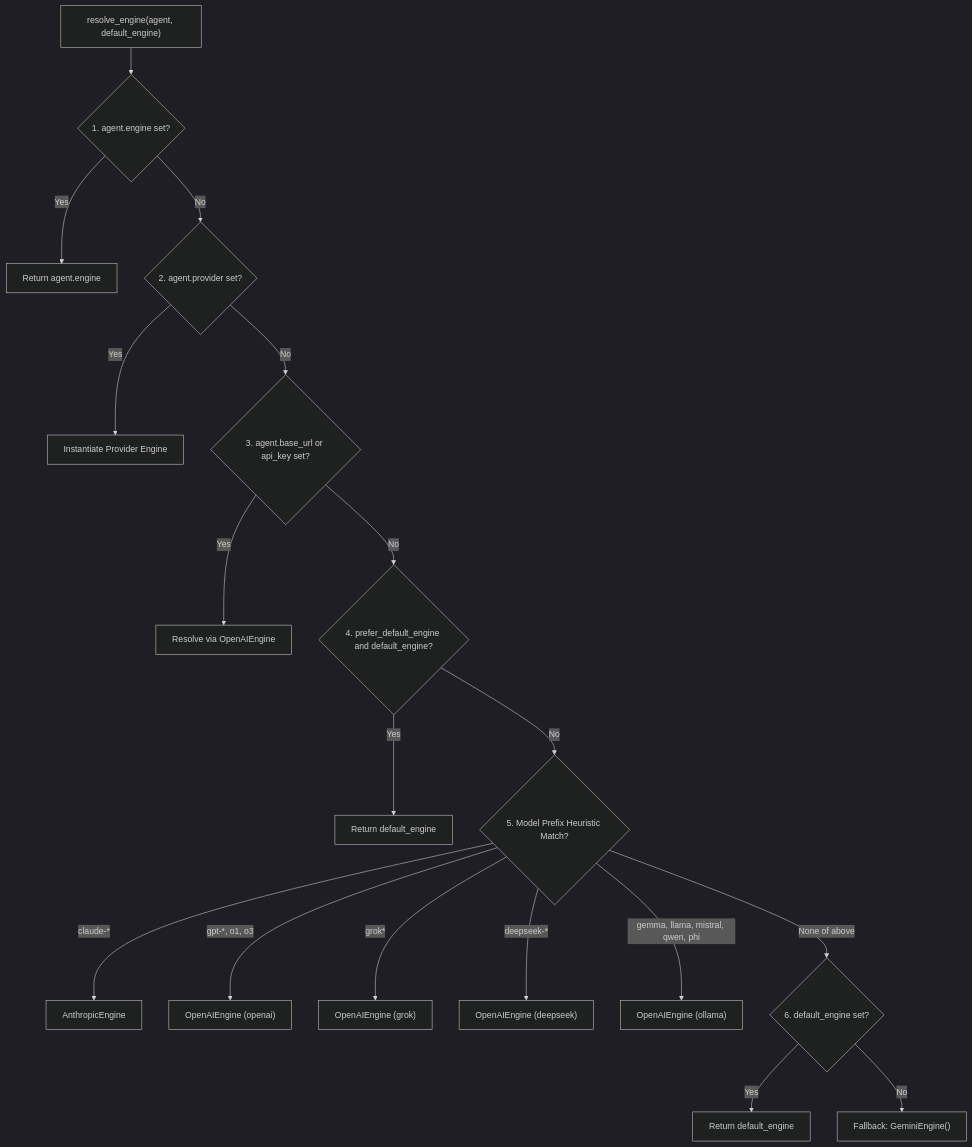
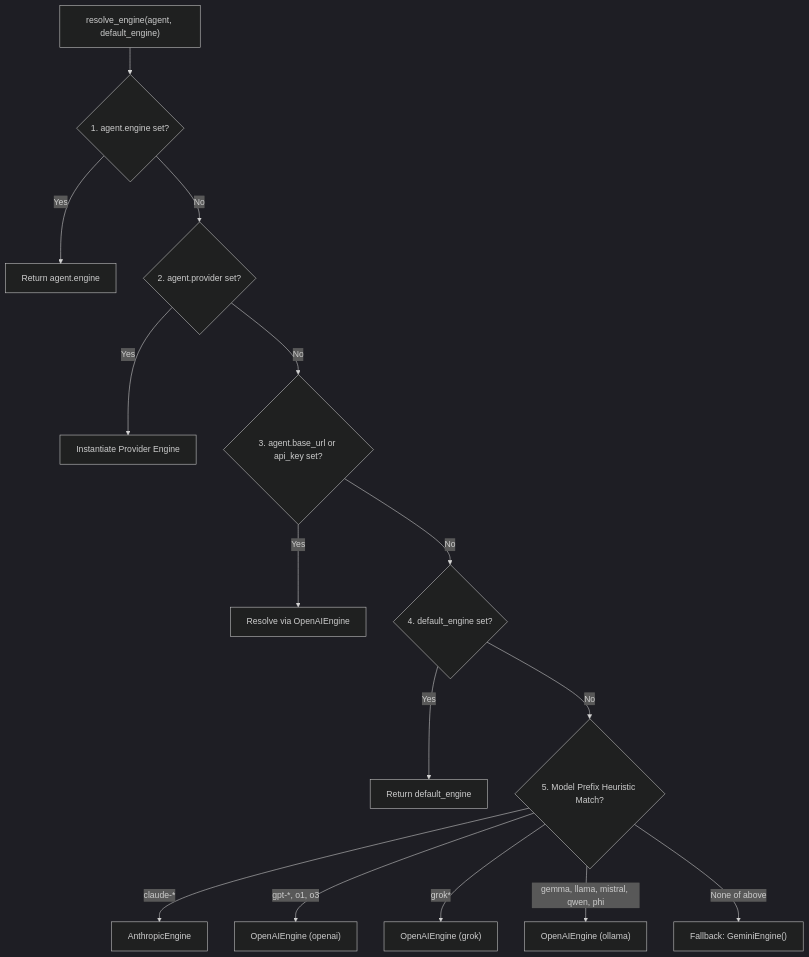
One commit to GustavoBaranda/chatflow-agent-web changed the diagram in content/docs/en/v0.3/providers/index.mdx. Above: the diagram before and after it, drawn with Mermaid (dark theme). The commit also changed other lines of this file and 133 other files, not shown here.

````diff
--- a/content/docs/en/v0.3/providers/index.mdx
+++ b/content/docs/en/v0.3/providers/index.mdx
@@ -93,20 +93,17 @@
 ```mermaid
 flowchart TD
     Start["resolve_engine(agent, default_engine)"] --> C1{"1. agent.engine set?"}
     C1 -- Yes --> R1["Return agent.engine"]
     C1 -- No --> C2{"2. agent.provider set?"}
     C2 -- Yes --> R2["Instantiate Provider Engine"]
     C2 -- No --> C3{"3. agent.base_url or api_key set?"}
     C3 -- Yes --> R3["Resolve via OpenAIEngine"]
-    C3 -- No --> C4{"4. prefer_default_engine and default_engine?"}
+    C3 -- No --> C4{"4. default_engine set?"}
     C4 -- Yes --> R4["Return default_engine"]
     C4 -- No --> C5{"5. Model Prefix Heuristic Match?"}
     C5 -- claude-* --> R5A["AnthropicEngine"]
     C5 -- gpt-*, o1, o3 --> R5B["OpenAIEngine (openai)"]
     C5 -- grok* --> R5C["OpenAIEngine (grok)"]
-    C5 -- deepseek-* --> R5D["OpenAIEngine (deepseek)"]
-    C5 -- gemma, llama, mistral, qwen, phi --> R5E["OpenAIEngine (ollama)"]
-    C5 -- None of above --> C6{"6. default_engine set?"}
-    C6 -- Yes --> R6["Return default_engine"]
-    C6 -- No --> R7["Fallback: GeminiEngine()"]
+    C5 -- gemma, llama, mistral, qwen, phi --> R5D["OpenAIEngine (ollama)"]
+    C5 -- None of above --> R6["Fallback: GeminiEngine()"]
 ```
````
